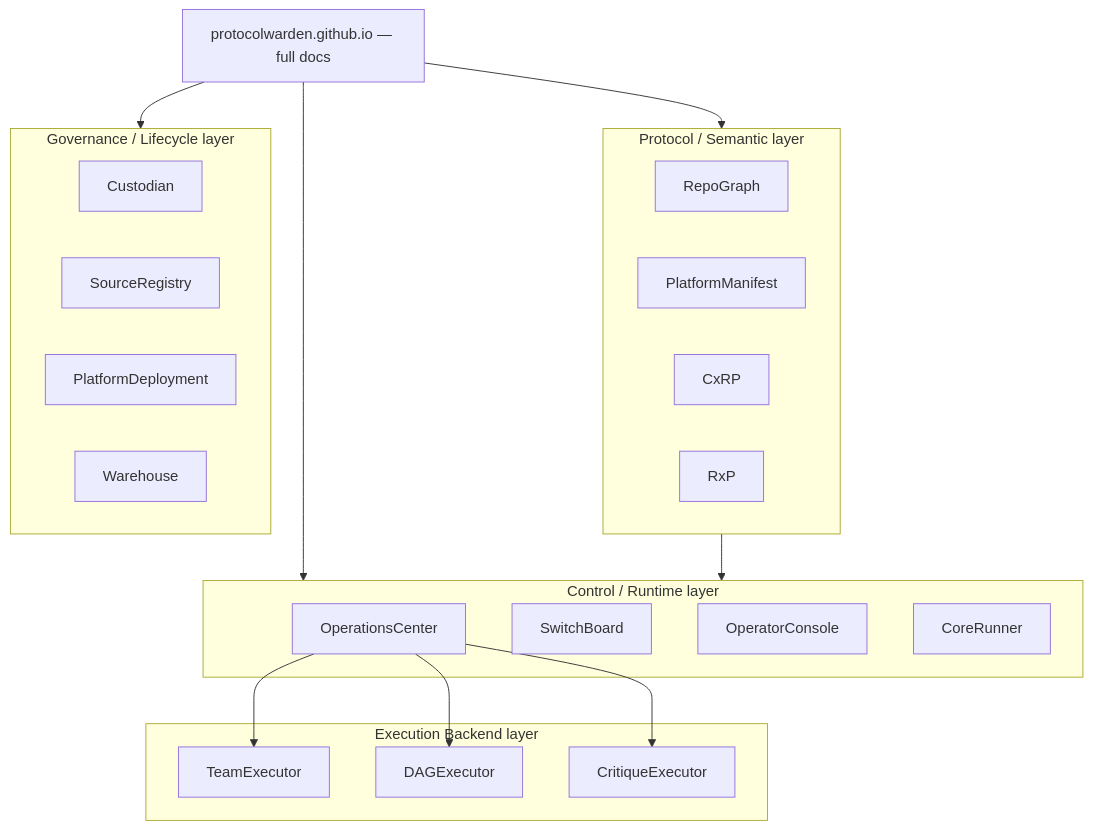
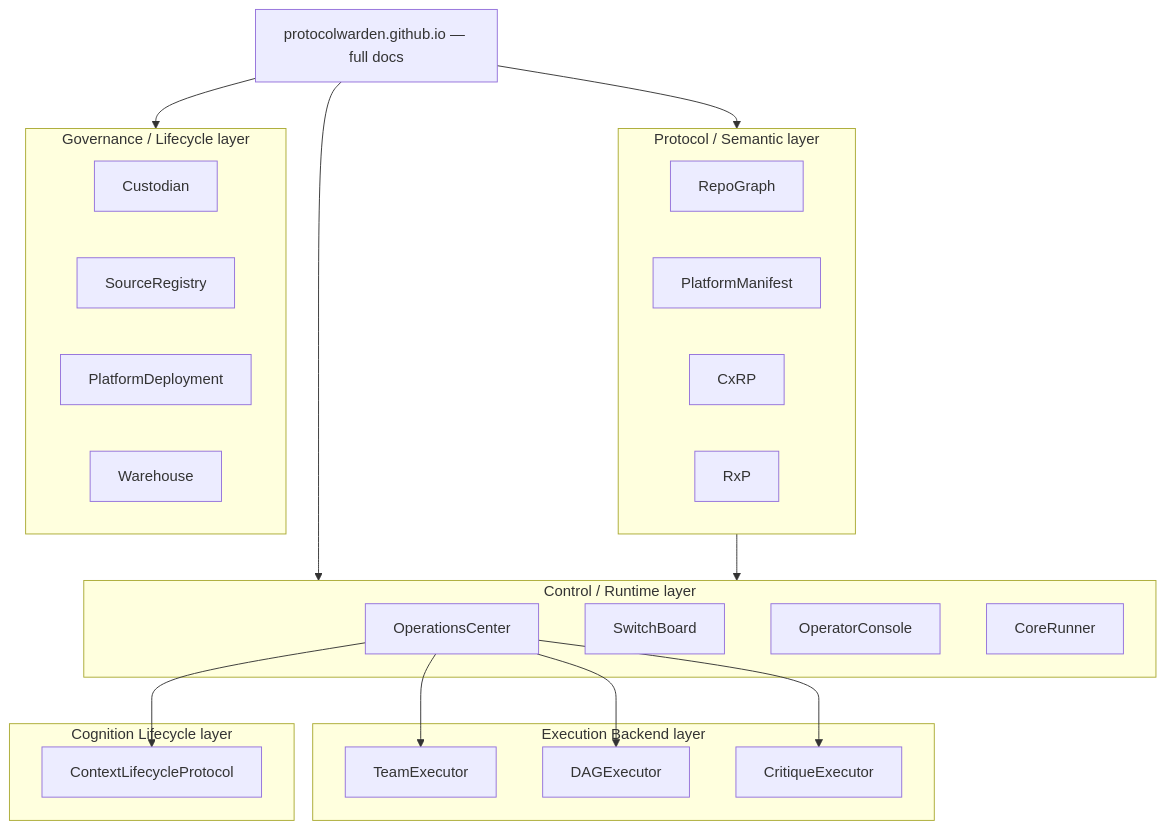
One commit to ProtocolWarden/ProtocolWarden changed the diagram in README.md. Above: the diagram before and after it, drawn with Mermaid. The commit also changed other lines of this file and 1 other file, not shown here.

First line of the commit message:
feat: add ContextLifecycleProtocol to org profile

````diff
--- a/README.md
+++ b/README.md
@@ -16,39 +16,44 @@
 ```mermaid
 graph TD
     DOCS["protocolwarden.github.io — full docs"]
 
     subgraph proto ["Protocol / Semantic layer"]
         RG[RepoGraph]
         PM[PlatformManifest]
         CX[CxRP]
         RX[RxP]
     end
 
     subgraph ctrl ["Control / Runtime layer"]
         OPS[OperationsCenter]
         SB[SwitchBoard]
         OC[OperatorConsole]
         ER[CoreRunner]
     end
 
     subgraph exec ["Execution Backend layer"]
         TE[TeamExecutor]
         DE[DAGExecutor]
         CE[CritiqueExecutor]
     end
 
+    subgraph cog ["Cognition Lifecycle layer"]
+        CLP[ContextLifecycleProtocol]
+    end
+
     subgraph gov ["Governance / Lifecycle layer"]
         CU[Custodian]
         SR[SourceRegistry]
         PD[PlatformDeployment]
         WH[Warehouse]
     end
 
     DOCS --> proto
     DOCS --> ctrl
     DOCS --> gov
     proto --> ctrl
     OPS --> TE
     OPS --> DE
     OPS --> CE
+    OPS --> CLP
 ```
````
